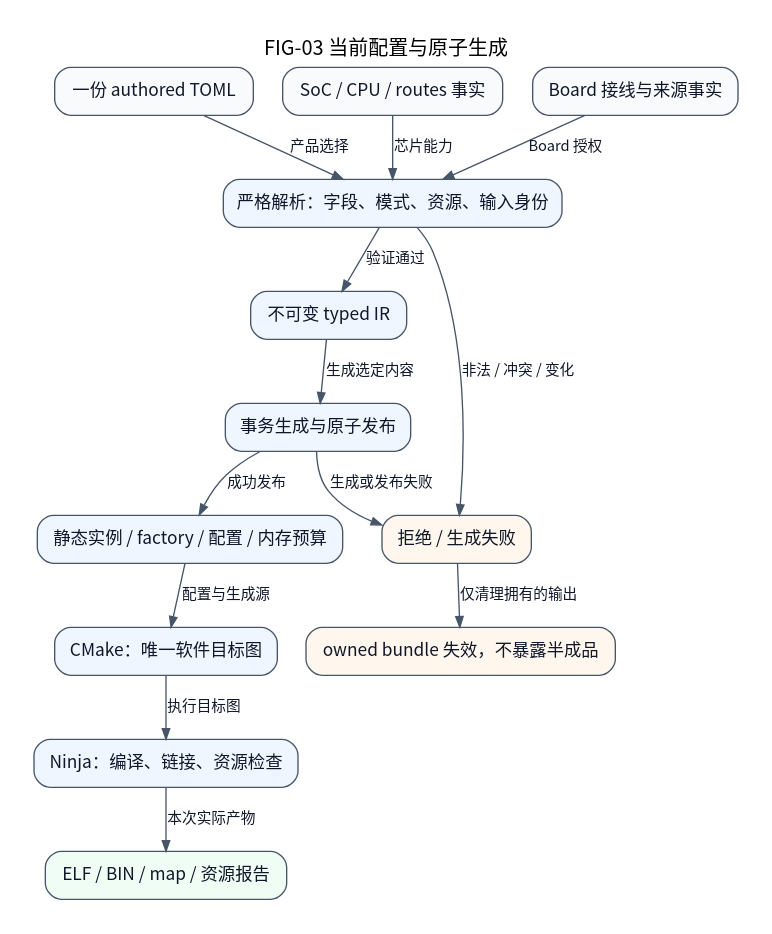
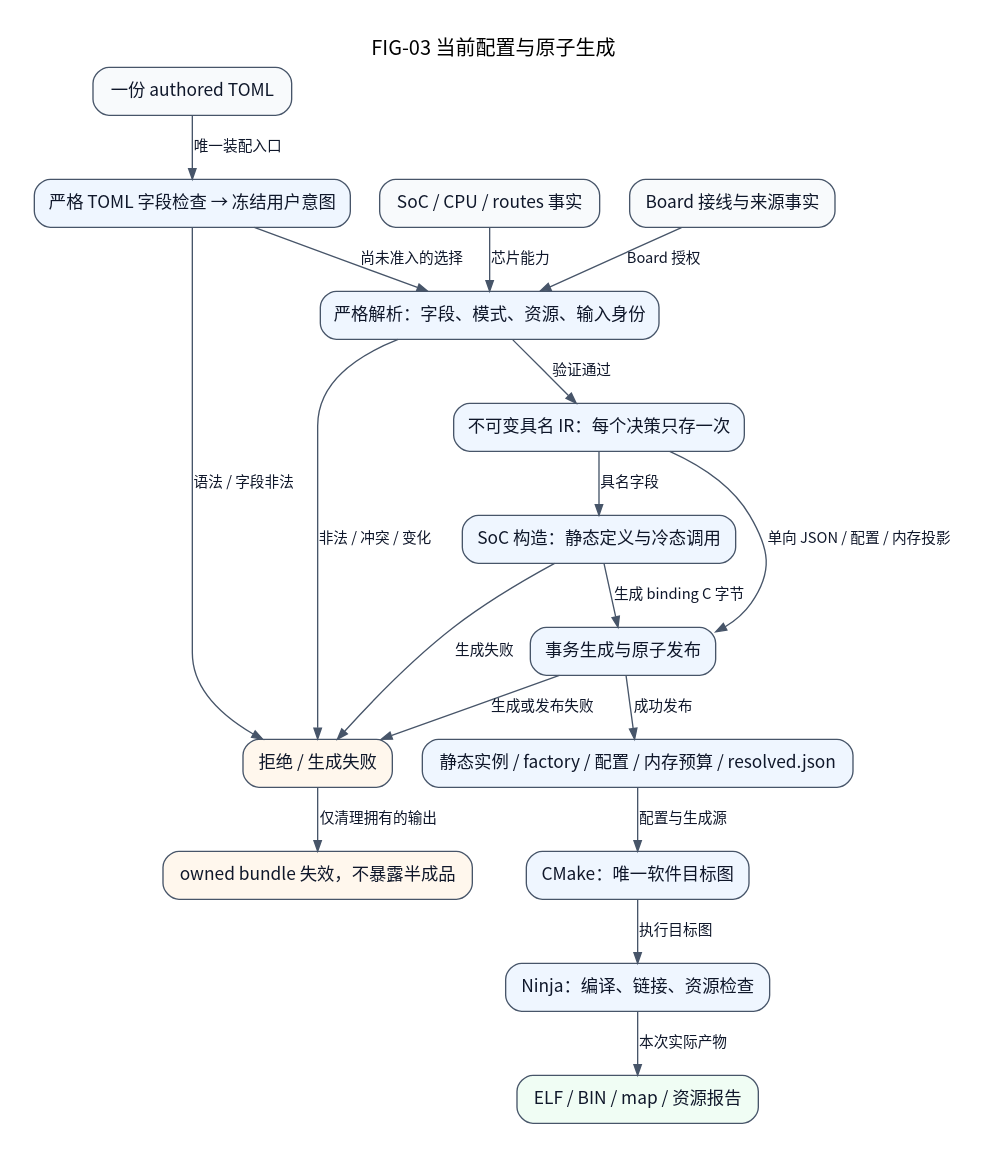
The diagram in docs/assets/diagrams/localized/zh_CN/configuration-generation.dot (X-Gen-Lab/nexus), drawn with Graphviz before and after one commit. The commit also changed 262 other files, not shown here.

First line of the commit message:
refactor(platform): unify typed assembly and cold lifecycle contracts

```diff
--- a/docs/assets/diagrams/localized/zh_CN/configuration-generation.dot
+++ b/docs/assets/diagrams/localized/zh_CN/configuration-generation.dot
@@ -1,35 +1,42 @@
 // FIG-03 current: build-time inputs and artifacts.
-// Code basis: 0111c8d3b9c7b37d258b9c401070305b13b6f3a1.
+// Code basis: tools/configure/authored.py, configure.py, ir.py and bindings.py.
 // Edges denote configuration/production flow, not runtime I/O.
 digraph configurationGeneration {
     graph [label="FIG-03 当前配置与原子生成", fontname="Noto Sans CJK SC", fontsize=15, labelloc=t, rankdir=TB, bgcolor="white", pad=0.25, nodesep=0.30, ranksep=0.50];
     node [shape=box, style="rounded,filled", fillcolor="#eff6ff",
           color="#475569", fontcolor="#0f172a", fontname="Noto Sans CJK SC",
           fontsize=13, margin="0.16,0.10"];
     edge [color="#475569", fontcolor="#0f172a",
           fontname="Noto Sans CJK SC", fontsize=11, arrowsize=0.8];
     assembly [label="一份 authored TOML", fillcolor="#f8fafc"];
     socFacts [label="SoC / CPU / routes 事实", fillcolor="#f8fafc"];
     boardFacts [label="Board 接线与来源事实", fillcolor="#f8fafc"];
+    authored [label="严格 TOML 字段检查 → 冻结用户意图"];
     resolver [label="严格解析：字段、模式、资源、输入身份"];
-    typedIr [label="不可变 typed IR"];
+    typedIr [label="不可变具名 IR：每个决策只存一次"];
+    construction [label="SoC 构造：静态定义与冷态调用"];
     bundle [label="事务生成与原子发布"];
-    outputs [label="静态实例 / factory / 配置 / 内存预算"];
+    outputs [label="静态实例 / factory / 配置 / 内存预算 / resolved.json"];
     targets [label="CMake：唯一软件目标图"];
     ninja [label="Ninja：编译、链接、资源检查"];
     firmware [label="ELF / BIN / map / 资源报告", fillcolor="#f0fdf4"];
     rejected [label="拒绝 / 生成失败", fillcolor="#fff7ed"];
     invalidated [label="owned bundle 失效，不暴露半成品", fillcolor="#fff7ed"];
-    assembly -> resolver [label="产品选择"];
+    assembly -> authored [label="唯一装配入口"];
+    authored -> resolver [label="尚未准入的选择"];
     socFacts -> resolver [label="芯片能力"];
     boardFacts -> resolver [label="Board 授权"];
     resolver -> typedIr [label="验证通过"];
-    typedIr -> bundle [label="生成选定内容"];
+    typedIr -> construction [label="具名字段"];
+    construction -> bundle [label="生成 binding C 字节"];
+    typedIr -> bundle [label="单向 JSON / 配置 / 内存投影"];
     bundle -> outputs [label="成功发布"];
     outputs -> targets [label="配置与生成源"];
     targets -> ninja [label="执行目标图"];
     ninja -> firmware [label="本次实际产物"];
+    authored -> rejected [label="语法 / 字段非法"];
+    construction -> rejected [label="生成失败"];
     resolver -> rejected [label="非法 / 冲突 / 变化"];
     bundle -> rejected [label="生成或发布失败"];
     rejected -> invalidated [label="仅清理拥有的输出"];
 }
```
